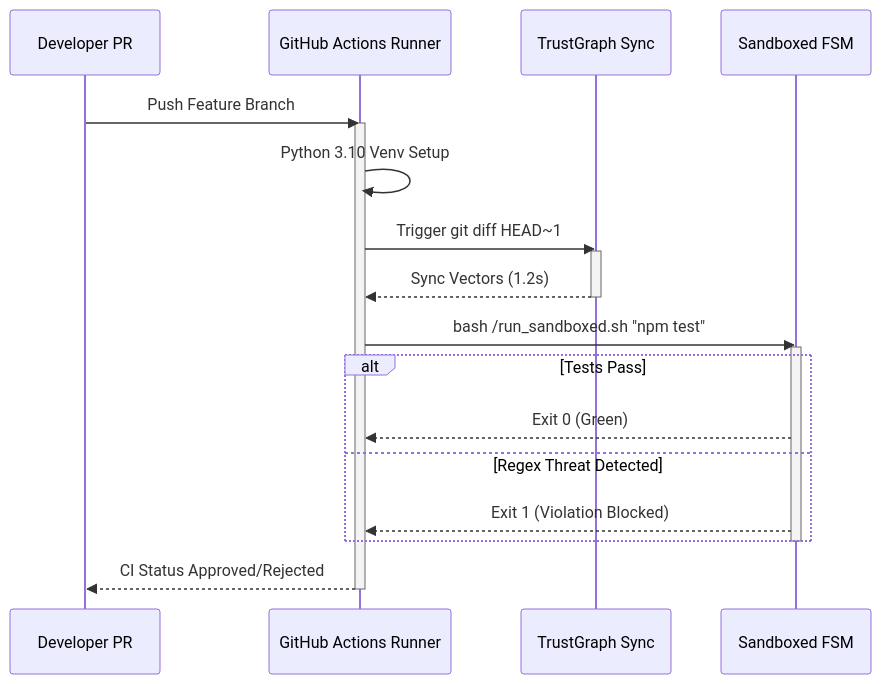
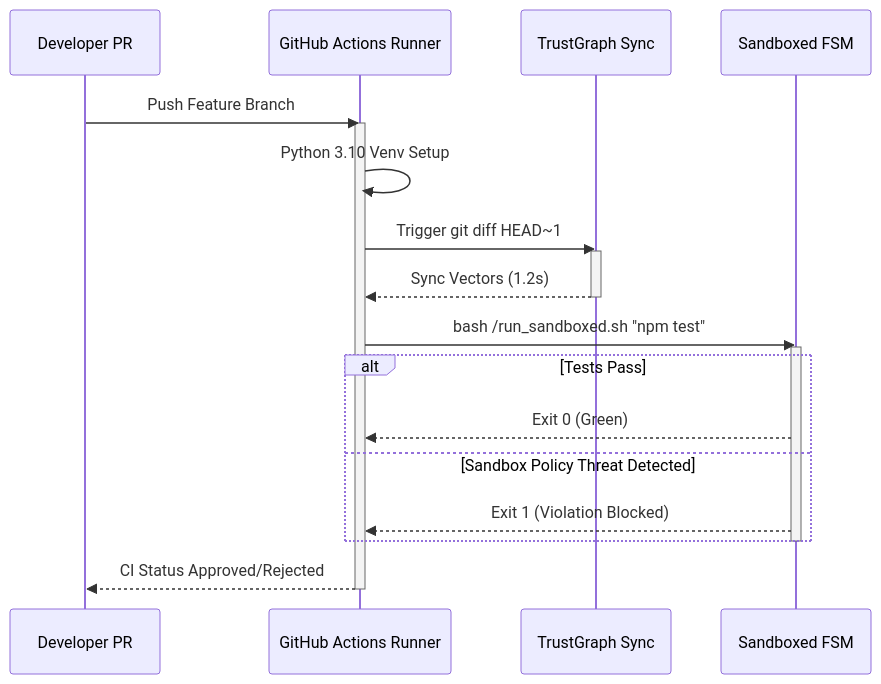
Before and after one commit to huudangdev/.agents: the ninth of 14 diagrams in ENTERPRISE_ARCHITECTURE.md, drawn with Mermaid. The commit also changed other lines of this file and 97 other files, not shown here.

````diff
--- a/ENTERPRISE_ARCHITECTURE.md
+++ b/ENTERPRISE_ARCHITECTURE.md
@@ -221,25 +256,25 @@
 ```mermaid
 sequenceDiagram
     participant PR as Developer PR
     participant GH as GitHub Actions Runner
     participant Incremental as TrustGraph Sync
     participant SB as Sandboxed FSM
 
     PR->>GH: Push Feature Branch
     activate GH
     GH->>GH: Python 3.10 Venv Setup
     GH->>Incremental: Trigger git diff HEAD~1
     activate Incremental
     Incremental-->>GH: Sync Vectors (1.2s)
     deactivate Incremental
     GH->>SB: bash /run_sandboxed.sh "npm test"
     activate SB
     alt Tests Pass
         SB-->>GH: Exit 0 (Green)
-    else Regex Threat Detected
+    else Sandbox Policy Threat Detected
         SB-->>GH: Exit 1 (Violation Blocked)
     end
     deactivate SB
     GH-->>PR: CI Status Approved/Rejected
     deactivate GH
 ```
````
